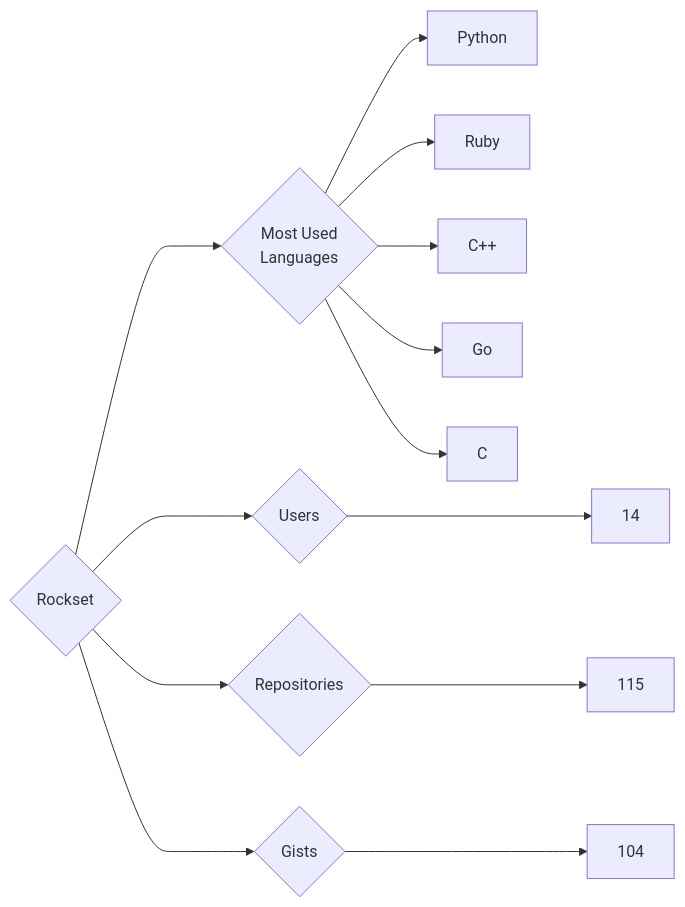
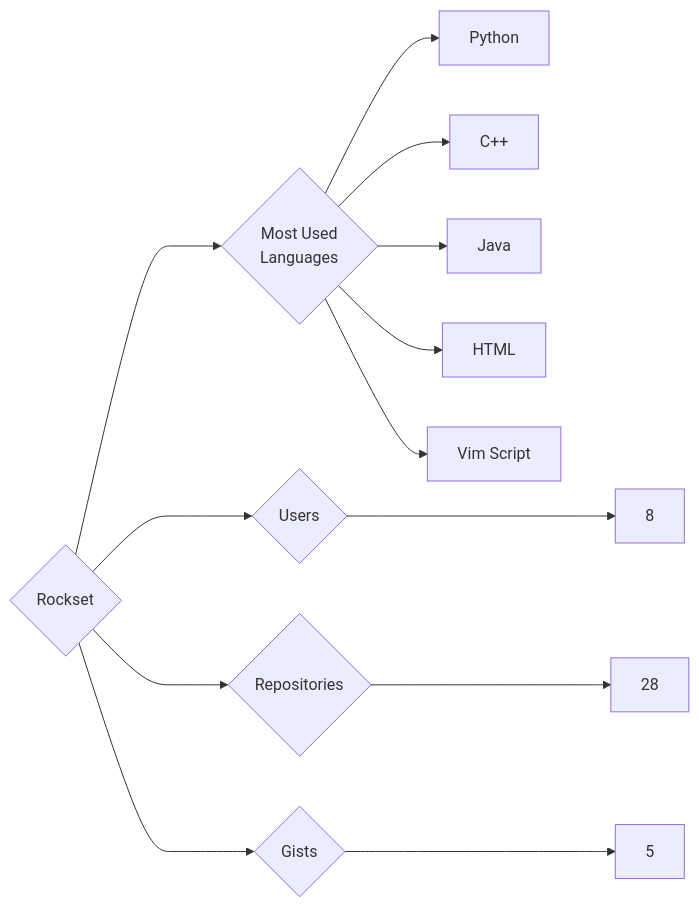
Before and after one commit to trickest/insiders: the diagram in targets/Rockset/README.md, drawn with Mermaid. The commit also changed 1496 other files, not shown here.

````diff
--- a/targets/Rockset/README.md
+++ b/targets/Rockset/README.md
@@ -3,13 +3,13 @@
 ```mermaid
 graph LR
 COMPANY_NAME{Rockset}
-COMPANY_NAME ---> U{Users} ---> UN[14]
-COMPANY_NAME ---> R{Repositories} ---> RN[115]
-COMPANY_NAME ---> G{Gists} ---> GN[104]
+COMPANY_NAME ---> U{Users} ---> UN[8]
+COMPANY_NAME ---> R{Repositories} ---> RN[28]
+COMPANY_NAME ---> G{Gists} ---> GN[5]
 COMPANY_NAME ---> ML{Most Used<br>Languages}
 ML --> Python[Python]
-ML --> Ruby[Ruby]
 ML --> C++[C++]
-ML --> Go[Go]
-ML --> C[C]
+ML --> Java[Java]
+ML --> HTML[HTML]
+ML --> Vim_Script[Vim Script]
 ```
````
